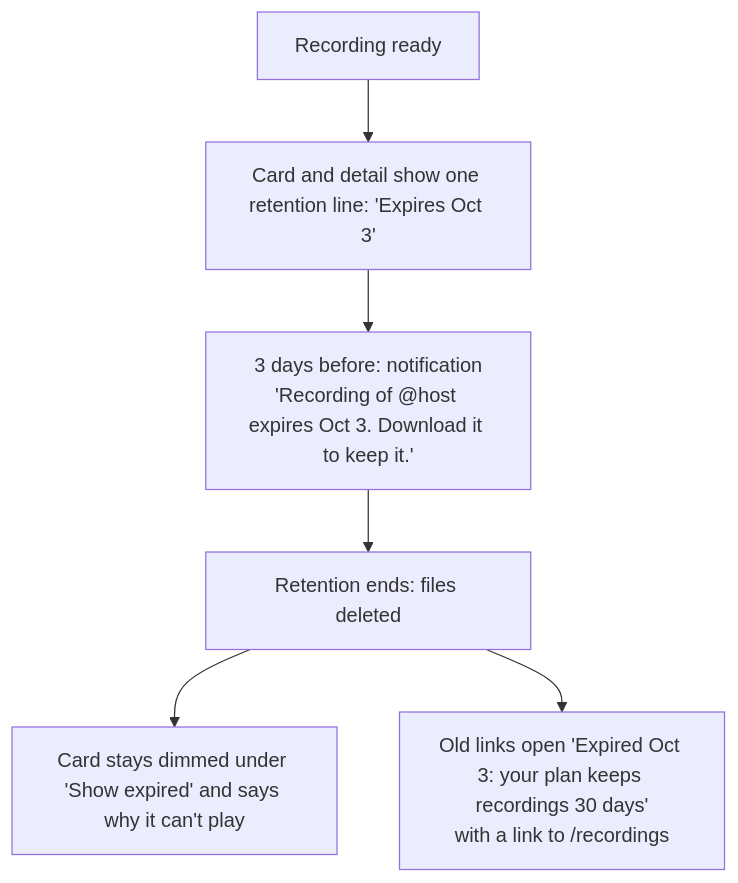
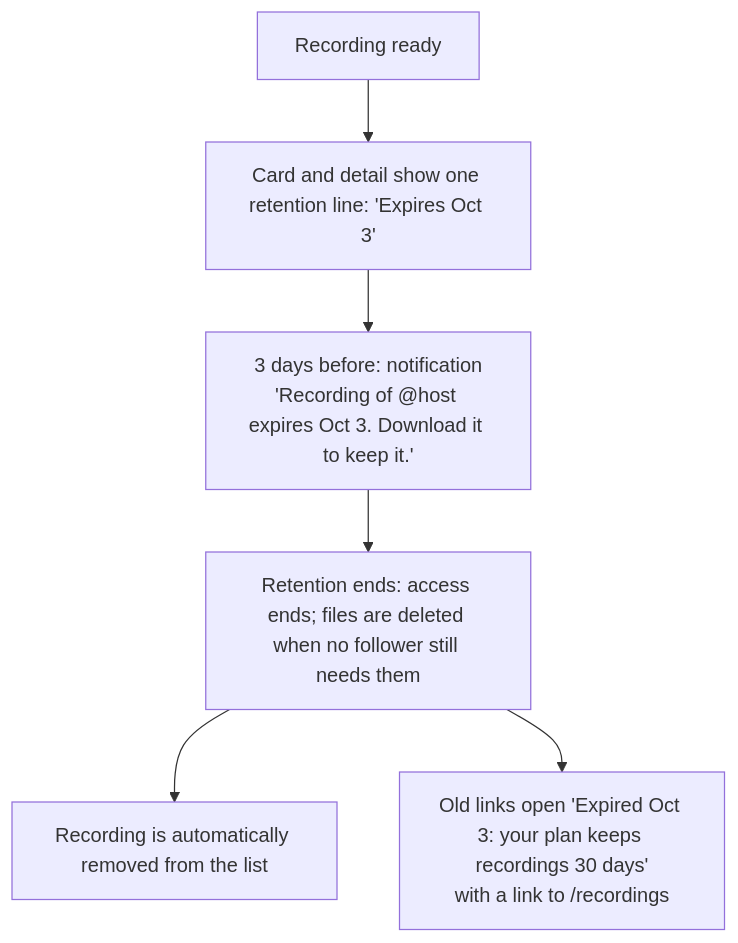
The third of 3 diagrams in docs/user-flows-recordings.md (binhld98/AutoRecordLive), drawn with Mermaid before and after one commit. The commit also changed other lines of this file and 5 other files, not shown here.

````diff
--- a/docs/user-flows-recordings.md
+++ b/docs/user-flows-recordings.md
@@ -161,8 +125,8 @@
 ```mermaid
 flowchart TD
   ready["Recording ready"] --> line["Card and detail show one retention line: 'Expires Oct 3'"]
   line --> warn["3 days before: notification<br/>'Recording of @host expires Oct 3. Download it to keep it.'"]
-  warn --> exp["Retention ends: files deleted"]
-  exp --> card["Card stays dimmed under 'Show expired' and says why it can't play"]
+  warn --> exp["Retention ends: access ends; files are deleted when no follower still needs them"]
+  exp --> card["Recording is automatically removed from the list"]
   exp --> links["Old links open 'Expired Oct 3: your plan keeps recordings 30 days'<br/>with a link to /recordings"]
 ```
````
